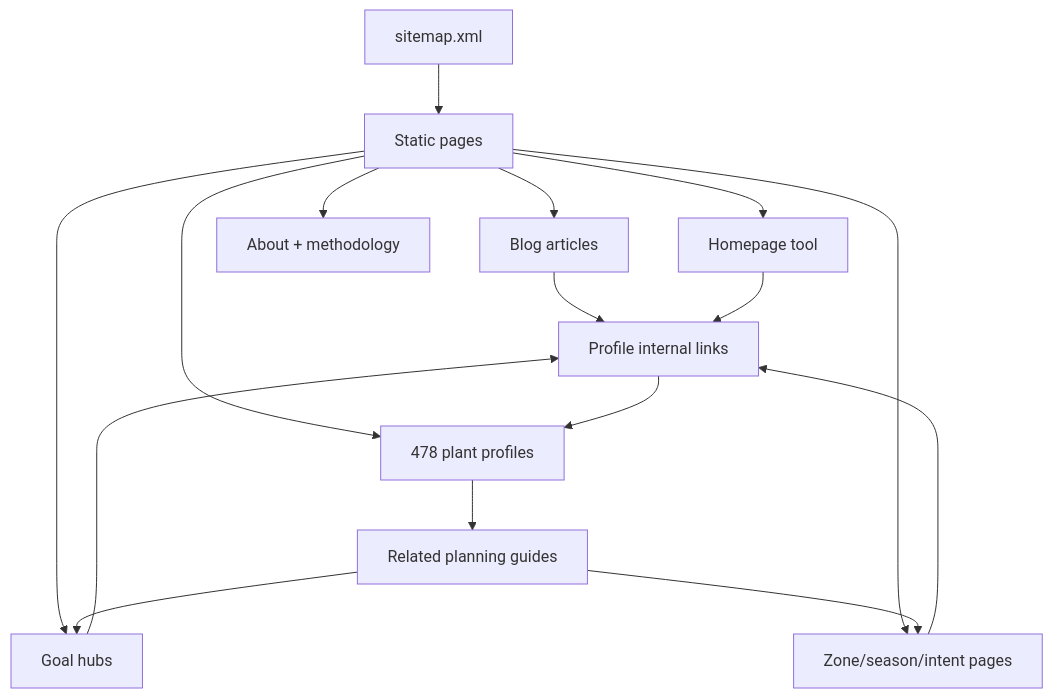
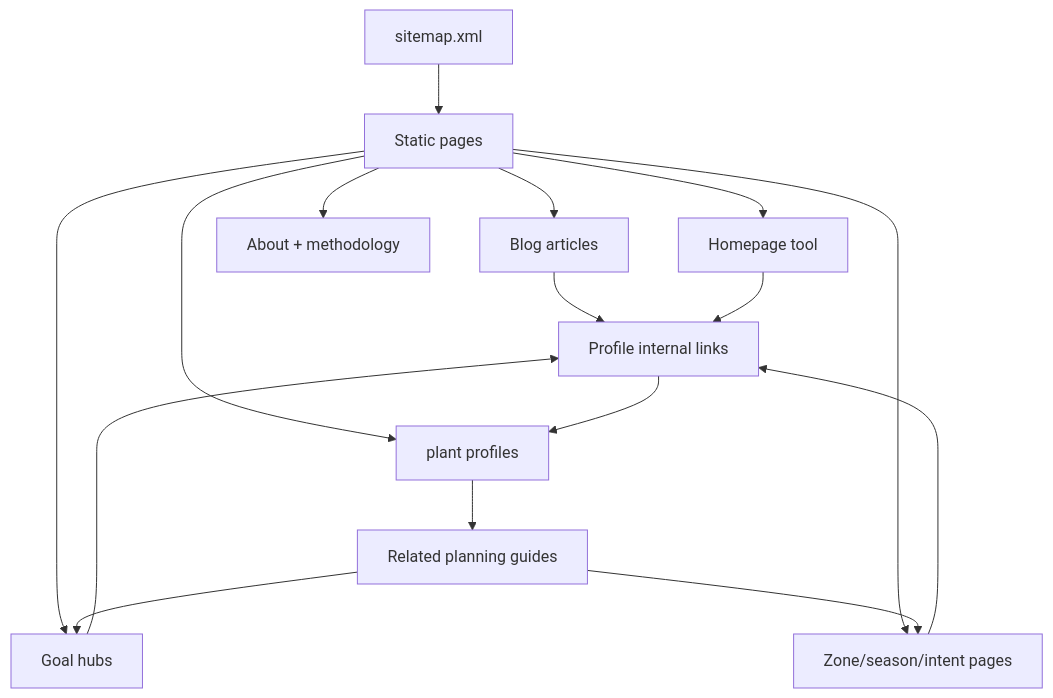
Before and after one commit to aklalejini/whatshouldigrow: the fifth of 7 diagrams in docs/site-structure.md, drawn with Mermaid. The commit also changed other lines of this file and 6 other files, not shown here.

````diff
--- a/docs/site-structure.md
+++ b/docs/site-structure.md
@@ -164,20 +164,20 @@
 ```mermaid
 flowchart TD
   sitemap["sitemap.xml"] --> staticPages["Static pages"]
   staticPages --> homepage["Homepage tool"]
   staticPages --> hubs["Goal hubs"]
   staticPages --> zoneIntent["Zone/season/intent pages"]
-  staticPages --> plantProfiles["478 plant profiles"]
+  staticPages --> plantProfiles["plant profiles"]
   staticPages --> blog["Blog articles"]
   staticPages --> trust["About + methodology"]
 
   hubs --> profileLinks["Profile internal links"]
   zoneIntent --> profileLinks
   blog --> profileLinks
   homepage --> profileLinks
 
   profileLinks --> plantProfiles
   plantProfiles --> relatedHubs["Related planning guides"]
   relatedHubs --> hubs
   relatedHubs --> zoneIntent
 ```
````
